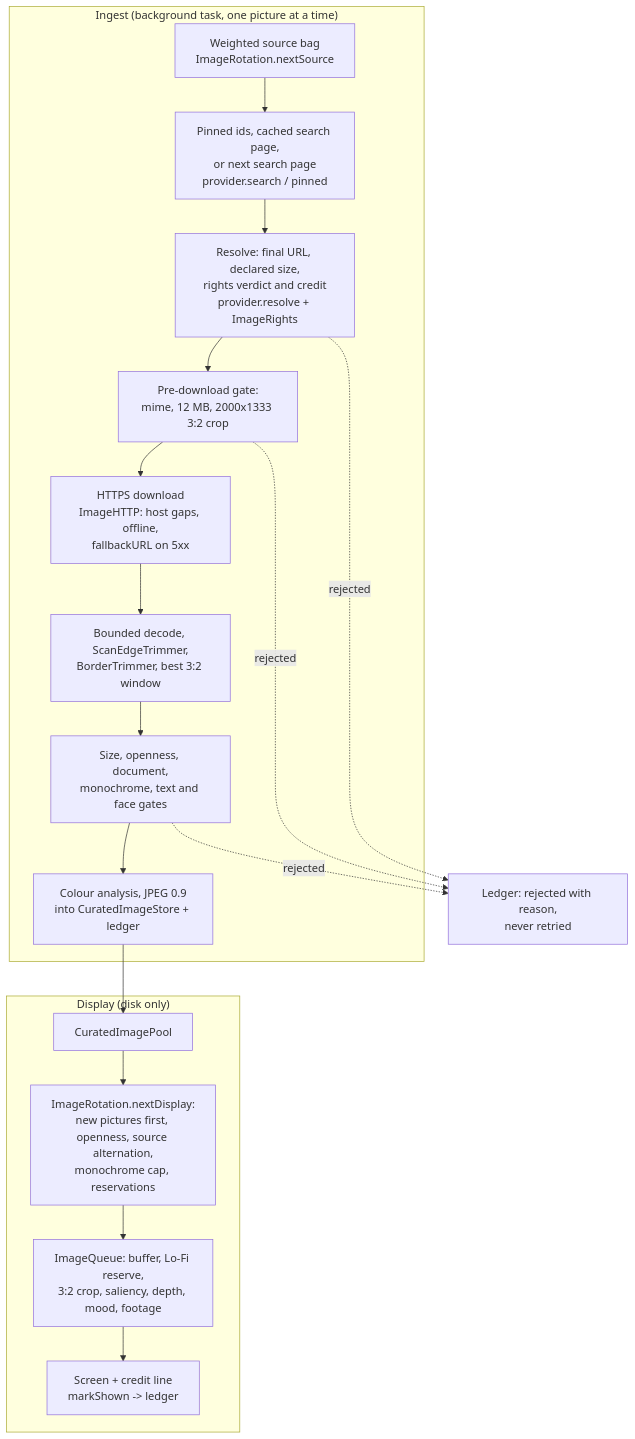
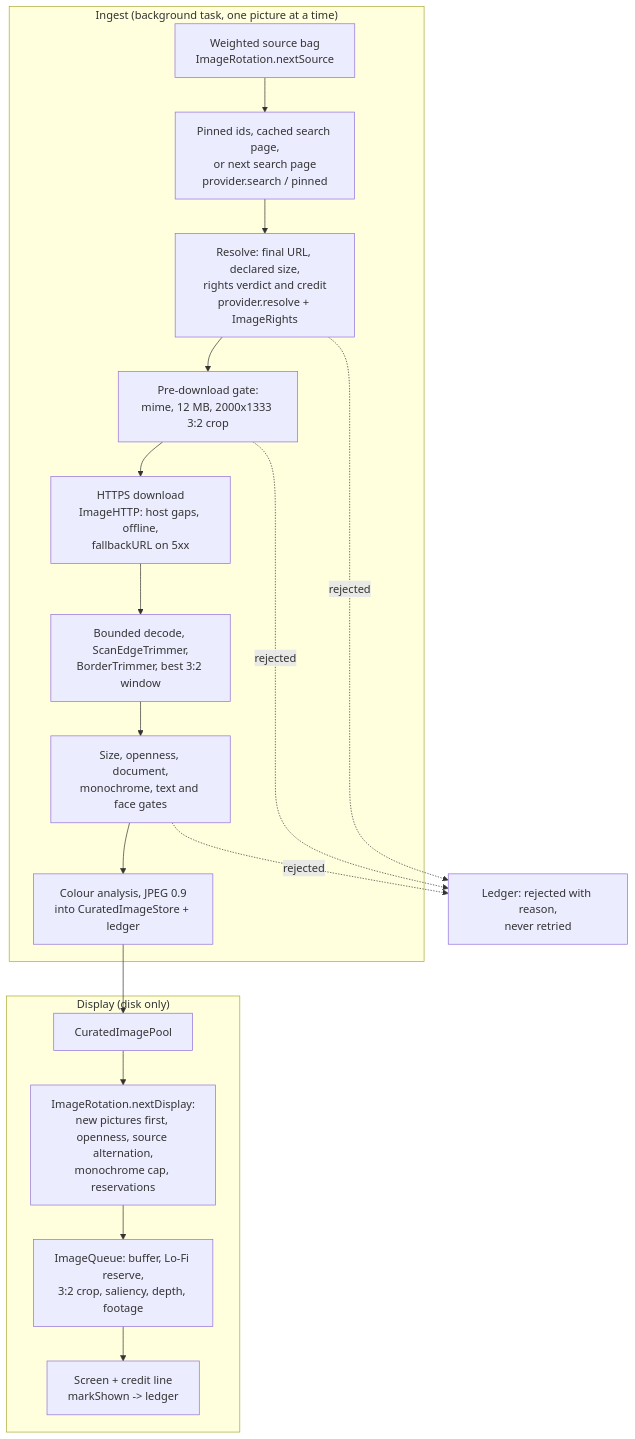
One commit to pj4533/Liminal changed the diagram in docs/image-sources/README.md. Above: the diagram before and after it, drawn with Mermaid. The commit also changed other lines of this file and 61 other files, not shown here.

````diff
--- a/docs/image-sources/README.md
+++ b/docs/image-sources/README.md
@@ -44,21 +32,21 @@
 ```mermaid
 flowchart TD
     subgraph Ingest["Ingest (background task, one picture at a time)"]
         A[Weighted source bag<br/>ImageRotation.nextSource] --> B[Pinned ids, cached search page,<br/>or next search page<br/>provider.search / pinned]
         B --> C[Resolve: final URL, declared size,<br/>rights verdict and credit<br/>provider.resolve + ImageRights]
         C --> D[Pre-download gate:<br/>mime, 12 MB, 2000x1333 3:2 crop]
         D --> E[HTTPS download<br/>ImageHTTP: host gaps, offline,<br/>fallbackURL on 5xx]
         E --> F[Bounded decode, ScanEdgeTrimmer,<br/>BorderTrimmer, best 3:2 window]
         F --> G[Size, openness, document,<br/>monochrome, text and face gates]
         G --> H[Colour analysis, JPEG 0.9<br/>into CuratedImageStore + ledger]
     end
     subgraph Display["Display (disk only)"]
         H --> I[CuratedImagePool]
         I --> J[ImageRotation.nextDisplay:<br/>new pictures first, openness, source alternation,<br/>monochrome cap, reservations]
-        J --> K[ImageQueue: buffer, Lo-Fi reserve,<br/>3:2 crop, saliency, depth, mood, footage]
+        J --> K[ImageQueue: buffer, Lo-Fi reserve,<br/>3:2 crop, saliency, depth, footage]
         K --> L[Screen + credit line<br/>markShown -> ledger]
     end
     C -. rejected .-> R[Ledger: rejected with reason,<br/>never retried]
     D -. rejected .-> R
     G -. rejected .-> R
 ```
````
